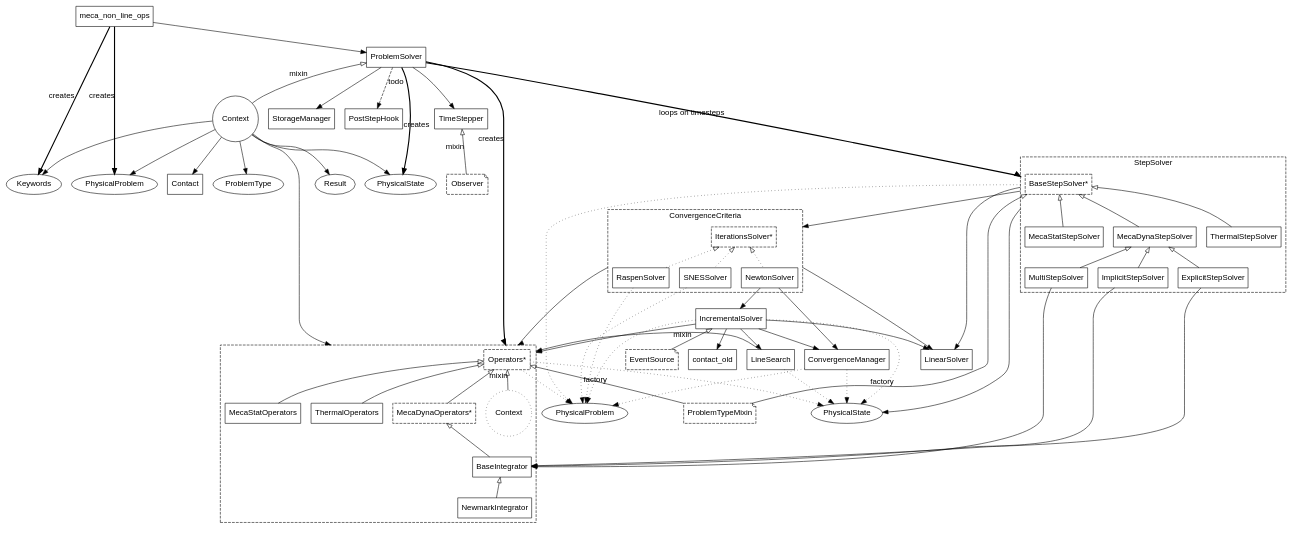
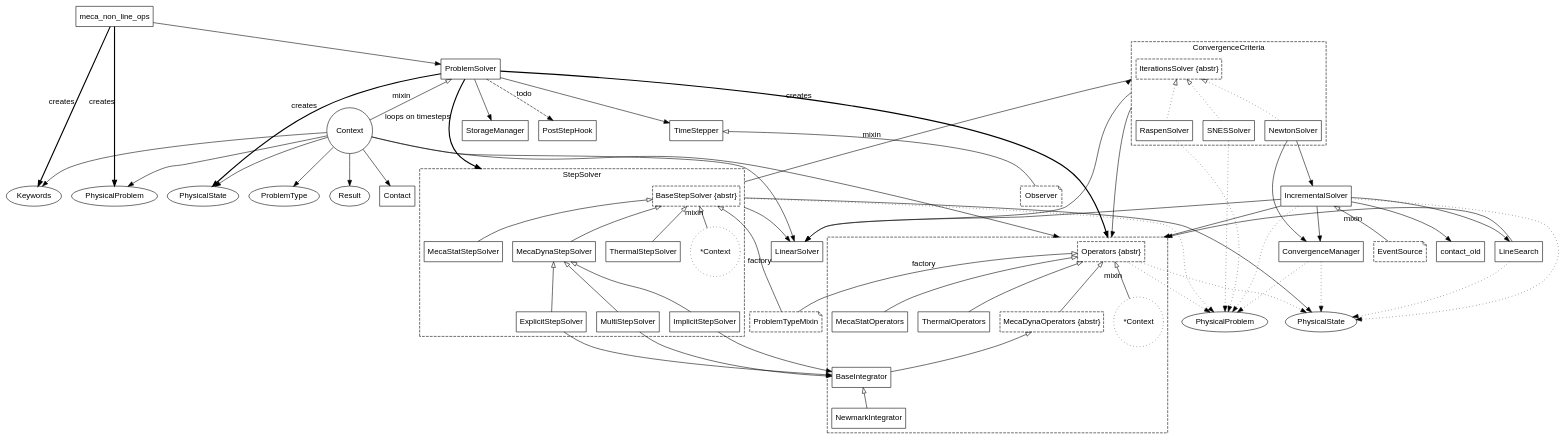
The diagram in doc/img/mnl.dot (Krande/code-aster-copy), drawn with Graphviz before and after one commit. The commit also changed 18 other files, not shown here.

```diff
--- a/doc/img/mnl.dot
+++ b/doc/img/mnl.dot
@@ -1,163 +1,166 @@
 digraph MNL {
     compound = "true";
     // global: circle, dotted
     // mixin: note, dashed
-    // abstract: '*', dashed
+    // abstract: ' {abstr}', dashed
     labelloc = "t";
     fontname = "Helvetica,Arial,sans-serif";
     node [fontname = "Helvetica,Arial,sans-serif"; shape = "box";];
     edge [fontname = "Helvetica,Arial,sans-serif";];
     
     subgraph bases {
         keywords [label = "Keywords";shape = "ellipse";];
         problem [label = "PhysicalProblem";shape = "ellipse";];
         type [label = "ProblemType";shape = "ellipse";];
         state [label = "PhysicalState";shape = "ellipse";];
         result [label = "Result";shape = "ellipse";];
         contact [label = "Contact";];
+        linsolv [label = "LinearSolver";];
         context [label = "Context";shape = "circle";];
         
         context -> problem;
         context -> type;
         context -> keywords;
         context -> state;
         context -> result;
+        context -> operators [lhead = cluster_operators;];
         context -> contact;
-        context -> operators [lhead = cluster_operators;];
+        context -> linsolv;
     }
     
     problem_old [label = "PhysicalProblem";shape = "ellipse";];
     state_old [label = "PhysicalState";shape = "ellipse";];
     
     mnl [label = "meca_non_line_ops";];
     pbsolv [label = "ProblemSolver";];
     timestepper [label = "TimeStepper";];
     storage [label = "StorageManager";];
-    linsolv [label = "LinearSolver";];
     linesearch [label = "LineSearch";];
     conv_manager [label = "ConvergenceManager";];
     hook [label = "PostStepHook";];
     incr_solv [label = "IncrementalSolver";];
     
     observ [label = "Observer";style = "dashed";shape = "note";];
     event [label = "EventSource";style = "dashed";shape = "note";];
     dispatch [label = "ProblemTypeMixin";style = "dashed";shape = "note";];
     
     subgraph cluster_operators {
-        operators [label = "Operators*";style = "dashed";];
+        operators [label = "Operators {abstr}";style = "dashed";];
         style = "dashed";
         subgraph {
             rank = "same";
             statopers [label = "MecaStatOperators";];
             theropers [label = "ThermalOperators";];
-            dynopers [label = "MecaDynaOperators*";style = "dashed";];
+            dynopers [label = "MecaDynaOperators {abstr}";style = "dashed";];
         }
         integr [label = BaseIntegrator;];
         newmark [label = NewmarkIntegrator;];
-        context_op [label = "Context";style = "dotted";shape = "circle";];
+        context_op [label = "*Context";style = "dotted";shape = "circle";];
         
         operators -> context_op [xlabel = "mixin"; dir = "back"; arrowtail = "empty";];
         // subclasses
         operators -> statopers [dir = "back"; arrowtail = "empty";];
         operators -> dynopers [dir = "back"; arrowtail = "empty";];
         operators -> theropers [dir = "back"; arrowtail = "empty";];
         
         dynopers -> integr [dir = "back"; arrowtail = "empty";];
         integr -> newmark [dir = "back"; arrowtail = "empty";];
     }
     
     subgraph cluster_stepsolv {
         label = "StepSolver";
         style = "dashed";
         subgraph {
             rank = "same";
             mecastat [label = "MecaStatStepSolver";];
             mecadyn [label = "MecaDynaStepSolver";];
             ther [label = "ThermalStepSolver";];
         }
-        stepsolv [label = "BaseStepSolver*";style = "dashed";];
+        stepsolv [label = "BaseStepSolver {abstr}";style = "dashed";];
         // subclasses
         stepsolv -> mecastat [dir = "back"; arrowtail = "empty";];
         stepsolv -> mecadyn [dir = "back"; arrowtail = "empty";];
         stepsolv -> ther [dir = "back"; arrowtail = "empty";];
+        context_st [label = "*Context";style = "dotted";shape = "circle";];
+        stepsolv -> context_st [xlabel = "mixin"; dir = "back"; arrowtail = "empty";];
         
         implicit [label = "ImplicitStepSolver";];
         explicit [label = "ExplicitStepSolver";];
         multi [label = "MultiStepSolver";];
         
         // subclasses
         mecadyn -> implicit [dir = "back"; arrowtail = "empty";];
         mecadyn -> explicit [dir = "back"; arrowtail = "empty";];
         mecadyn -> multi [dir = "back"; arrowtail = "empty";];
         
         implicit -> integr;
         explicit -> integr;
         multi -> integr;
     }
     
     subgraph cluster_iter_solv {
         label = ConvergenceCriteria;
         style = "dashed";
         
-        conv_criteria [label = "IterationsSolver*";style = "dashed";];
+        conv_criteria [label = "IterationsSolver {abstr}";style = "dashed";];
         // [style = invis]
         newton [label = "NewtonSolver";];
         snes [label = "SNESSolver";];
         raspen [label = "RaspenSolver";];
         
         conv_criteria -> newton [dir = "back"; arrowtail = "empty"; style = "dotted";];
         conv_criteria -> snes [dir = "back"; arrowtail = "empty"; style = "dotted";];
         conv_criteria -> raspen [dir = "back"; arrowtail = "empty"; style = "dotted";];
     }
     
     mnl -> pbsolv;
     mnl -> keywords [xlabel = "creates"; style = "bold";];
     mnl -> problem [xlabel = "creates"; style = "bold";];
     
     pbsolv -> context [xlabel = "mixin"; dir = "back"; arrowtail = "empty";];
     pbsolv -> state [xlabel = "creates"; style = "bold";];
     pbsolv -> operators [xlabel = "creates"; style = "bold"; lhead = cluster_operators;];
     pbsolv -> timestepper;
     pbsolv -> storage;
     pbsolv -> stepsolv [xlabel = "loops on timesteps"; lhead = cluster_stepsolv; style = "bold";];
     pbsolv -> hook [label = "todo"; style = "dashed";];
     
     stepsolv -> problem_old [style = "dotted"; ltail = cluster_stepsolv;];
     stepsolv -> dispatch [xlabel = "factory"; dir = "back"; arrowtail = "empty";];
     
     stepsolv -> state_old [ltail = cluster_stepsolv;];
     stepsolv -> linsolv [ltail = cluster_stepsolv;];
     stepsolv -> conv_criteria [ltail = cluster_stepsolv; lhead = cluster_iter_solv;];
     
     conv_criteria -> linsolv [ltail = cluster_iter_solv;];
     conv_criteria -> operators [ltail = cluster_iter_solv; lhead = cluster_operators;];
     snes -> incr_solv [style = "invis";];
     
     newton -> incr_solv;
     newton -> conv_manager;
     incr_solv -> linesearch;
     incr_solv -> contact_old;
     incr_solv -> operators [lhead = cluster_operators;];
     incr_solv -> linsolv;
     incr_solv -> conv_manager;
     incr_solv -> event [xlabel = "mixin"; dir = "back"; arrowtail = "empty";];
     incr_solv -> problem_old [style = "dotted";];
     incr_solv -> state_old [style = "dotted";];
     // integr -> state_old[style="dotted"];
     linesearch -> state_old [style = "dotted";];
     linesearch -> operators [lhead = cluster_operators;];
     
     operators -> dispatch [xlabel = "factory"; dir = "back"; arrowtail = "empty";];
     operators -> problem_old [style = "dotted";];
     operators -> state_old [style = "dotted";];
     
     conv_manager -> problem_old [style = "dotted";];
     conv_manager -> state_old [style = "dotted";];
     snes -> problem_old [style = "dotted";];
     raspen -> problem_old [style = "dotted";];
     
     timestepper -> observ [xlabel = "mixin"; dir = "back"; arrowtail = "empty";];
     
     // placement
     timestepper -> stepsolv [style = "invis";];
 }
```
